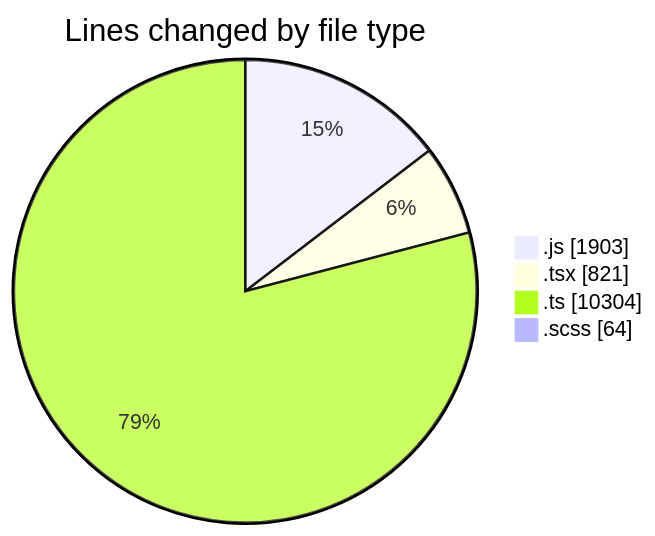
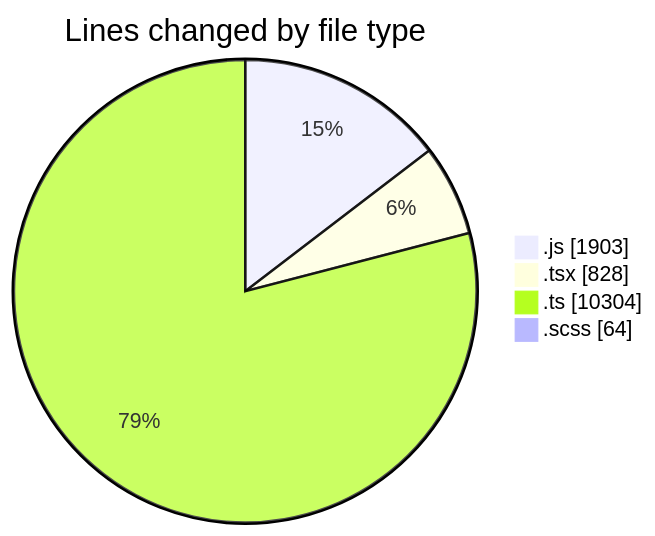
Before and after one commit to momahboobian/code-tracking: the first of 2 diagrams in 2025-03-13/cda/README.md, drawn with Mermaid. The commit also changed other lines of this file and 1 other file, not shown here.

````diff
--- a/2025-03-13/cda/README.md
+++ b/2025-03-13/cda/README.md
@@ -33,8 +33,8 @@
 ```mermaid
 pie showData
 title Lines changed by file type
 ".js" : 1903
-".tsx" : 821
+".tsx" : 828
 ".ts" : 10304
 ".scss" : 64
 ```
````
